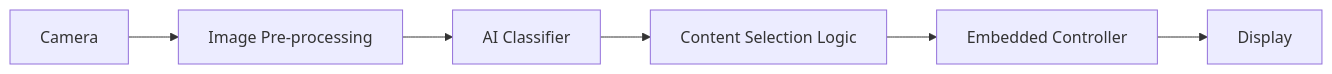
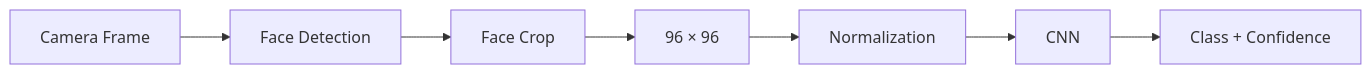
One commit to bk201-dev/EdgeVision-Embedded-AI-Smart-Display changed the second of 5 diagrams in README.md. Above: the diagram before and after it, drawn with Mermaid. The commit also changed other lines of this file, not shown here.

````diff
--- a/README.md
+++ b/README.md
@@ -17,8 +40,13 @@
 ```mermaid
 flowchart LR
-    CAM["Camera"] --> PRE["Image Pre-processing"]
-    PRE --> AI["AI Classifier"]
-    AI --> LOGIC["Content Selection Logic"]
-    LOGIC --> MCU["Embedded Controller"]
-    MCU --> DISP["Display"]
+
+    A["Camera Frame"]
+    B["Face Detection"]
+    C["Face Crop"]
+    D["96 × 96"]
+    E["Normalization"]
+    F["CNN"]
+    G["Class + Confidence"]
+
+    A --> B --> C --> D --> E --> F --> G
 ```
````
